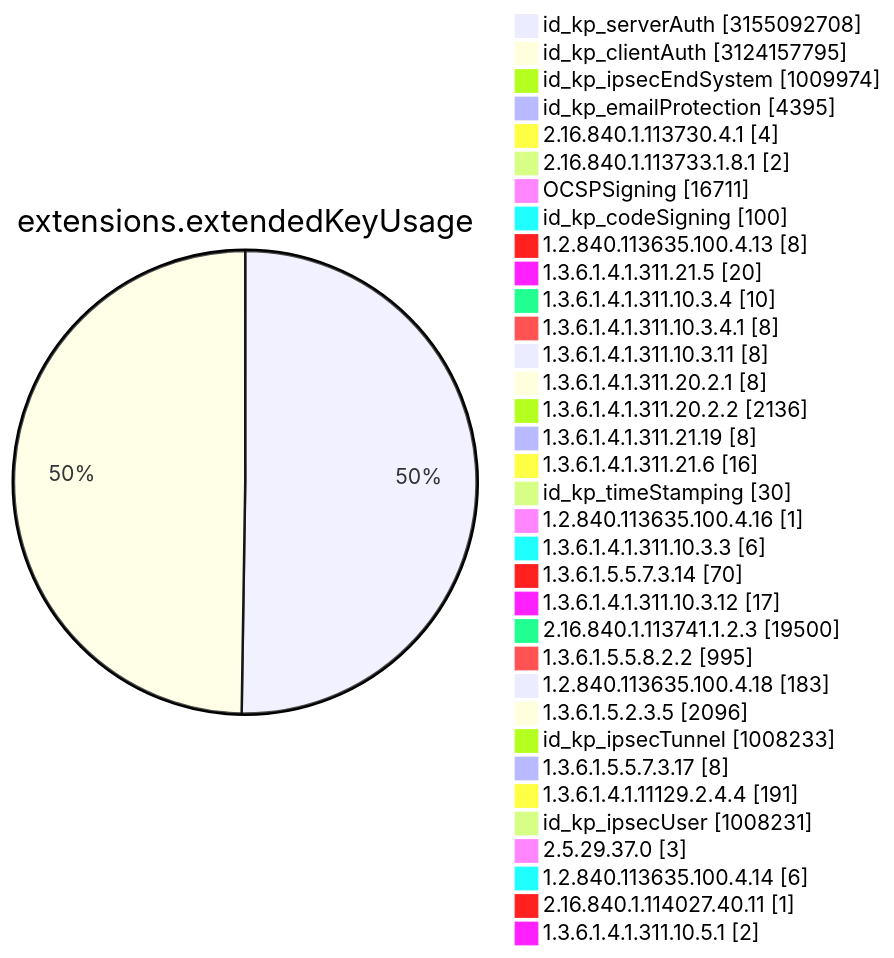
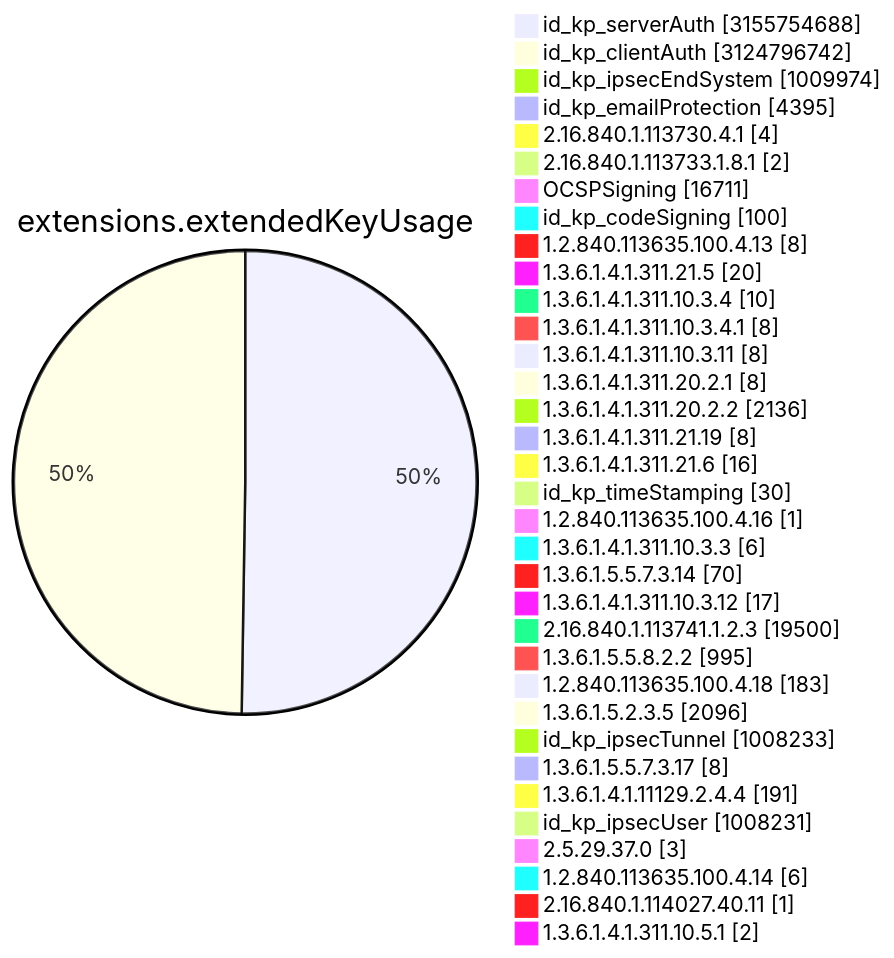
Diagram 11 of 15 in TOTAL/README.md (christiankrug/ctmonitor_visualization), drawn with Mermaid before and after one commit. The commit also changed other lines of this file, not shown here.

````diff
--- a/TOTAL/README.md
+++ b/TOTAL/README.md
@@ -4119,38 +4119,38 @@
 ```mermaid
 pie showData
 title extensions.extendedKeyUsage
-"id_kp_serverAuth" :3155092708
-"id_kp_clientAuth" :3124157795
+"id_kp_serverAuth" :3155754688
+"id_kp_clientAuth" :3124796742
 "id_kp_ipsecEndSystem" :1009974
 "id_kp_emailProtection" :4395
 "2.16.840.1.113730.4.1" :4
 "2.16.840.1.113733.1.8.1" :2
 "OCSPSigning" :16711
 "id_kp_codeSigning" :100
 "1.2.840.113635.100.4.13" :8
 "1.3.6.1.4.1.311.21.5" :20
 "1.3.6.1.4.1.311.10.3.4" :10
 "1.3.6.1.4.1.311.10.3.4.1" :8
 "1.3.6.1.4.1.311.10.3.11" :8
 "1.3.6.1.4.1.311.20.2.1" :8
 "1.3.6.1.4.1.311.20.2.2" :2136
 "1.3.6.1.4.1.311.21.19" :8
 "1.3.6.1.4.1.311.21.6" :16
 "id_kp_timeStamping" :30
 "1.2.840.113635.100.4.16" :1
 "1.3.6.1.4.1.311.10.3.3" :6
 "1.3.6.1.5.5.7.3.14" :70
 "1.3.6.1.4.1.311.10.3.12" :17
 "2.16.840.1.113741.1.2.3" :19500
 "1.3.6.1.5.5.8.2.2" :995
 "1.2.840.113635.100.4.18" :183
 "1.3.6.1.5.2.3.5" :2096
 "id_kp_ipsecTunnel" :1008233
 "1.3.6.1.5.5.7.3.17" :8
 "1.3.6.1.4.1.11129.2.4.4" :191
 "id_kp_ipsecUser" :1008231
 "2.5.29.37.0" :3
 "1.2.840.113635.100.4.14" :6
 "2.16.840.1.114027.40.11" :1
 "1.3.6.1.4.1.311.10.5.1" :2
 ```
````
